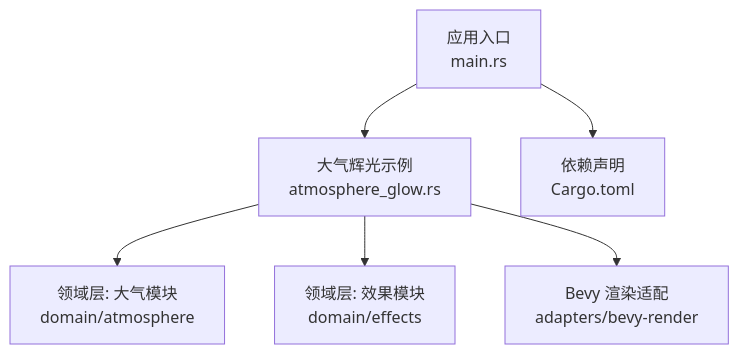
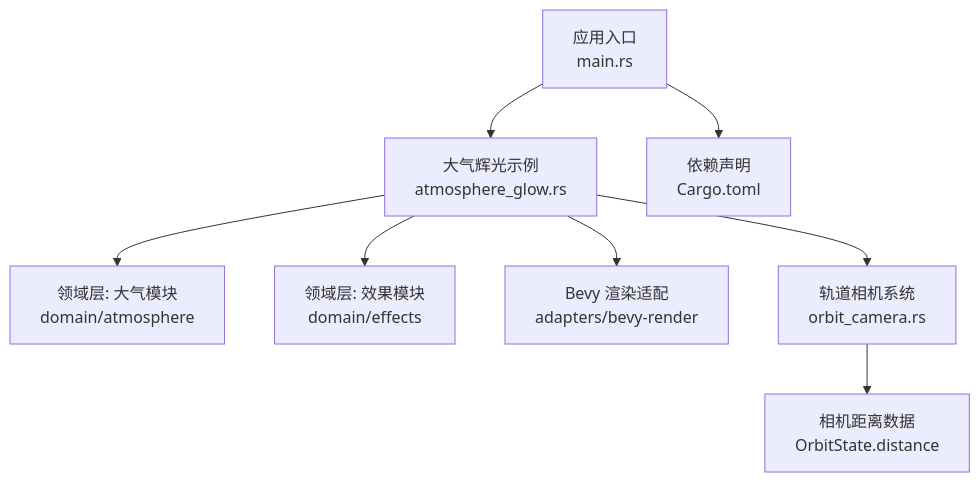
One commit to rzhangjing/cesium changed the first of 4 diagrams in .qoder/repowiki/zh/content/项目概述/核心特性/3D渲染引擎/特效与后处理系统/大气辉光效果.md. Above: the diagram before and after it, drawn with Mermaid. The commit also changed other lines of this file and 7 other files, not shown here.

````diff
--- a/.qoder/repowiki/zh/content/项目概述/核心特性/3D渲染引擎/特效与后处理系统/大气辉光效果.md
+++ b/.qoder/repowiki/zh/content/项目概述/核心特性/3D渲染引擎/特效与后处理系统/大气辉光效果.md
@@ -32,8 +44,10 @@
 ```mermaid
 graph TB
 A["应用入口<br/>main.rs"] --> B["大气辉光示例<br/>atmosphere_glow.rs"]
 B --> C["领域层: 大气模块<br/>domain/atmosphere"]
 B --> D["领域层: 效果模块<br/>domain/effects"]
 B --> E["Bevy 渲染适配<br/>adapters/bevy-render"]
-A --> F["依赖声明<br/>Cargo.toml"]
+B --> F["轨道相机系统<br/>orbit_camera.rs"]
+F --> G["相机距离数据<br/>OrbitState.distance"]
+A --> H["依赖声明<br/>Cargo.toml"]
 ```
````
